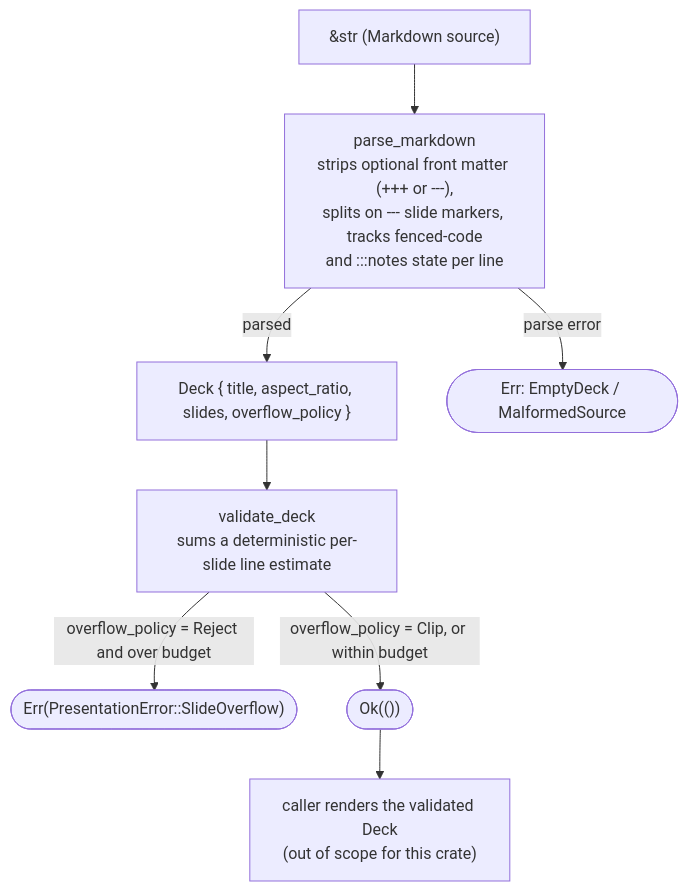
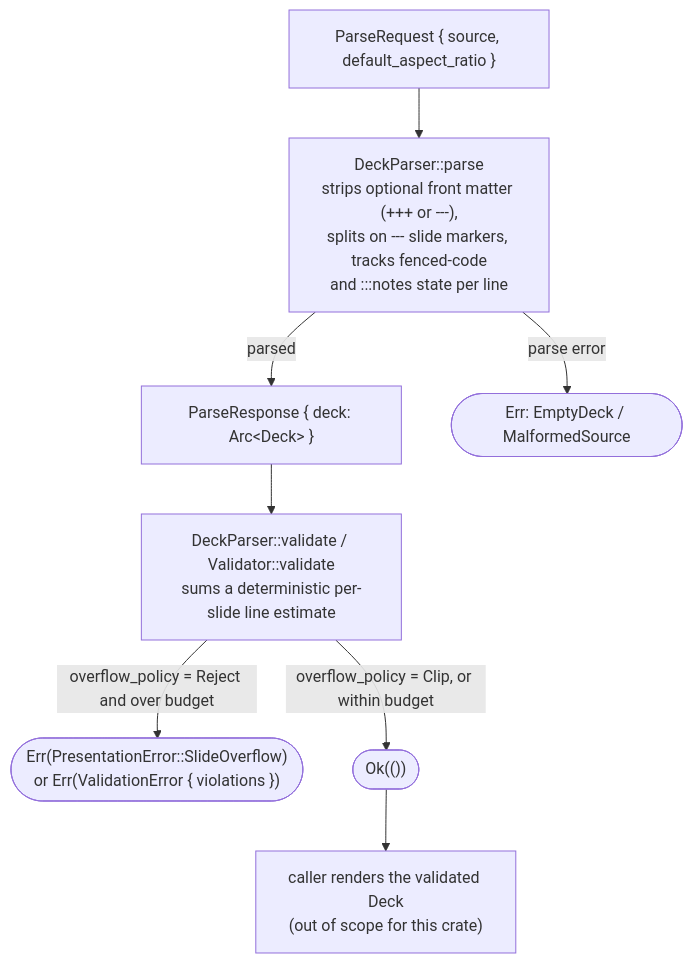
One commit to sweengineeringlabs/pdf-engine-presentation changed the second of 2 diagrams in docs/3-design/architecture.md. Above: the diagram before and after it, drawn with Mermaid. The commit also changed other lines of this file and 43 other files, not shown here.

````diff
--- a/docs/3-design/architecture.md
+++ b/docs/3-design/architecture.md
@@ -66,19 +100,19 @@
 ```mermaid
 flowchart TD
-    Source["&str (Markdown source)"]
-    Parse["parse_markdown<br/>strips optional front matter (+++ or ---),<br/>splits on --- slide markers, tracks fenced-code<br/>and :::notes state per line"]
-    DeckNode["Deck { title, aspect_ratio, slides, overflow_policy }"]
-    Validate["validate_deck<br/>sums a deterministic per-slide line estimate"]
-    Overflow(["Err(PresentationError::SlideOverflow)"])
+    Source["ParseRequest { source, default_aspect_ratio }"]
+    Parse["DeckParser::parse<br/>strips optional front matter (+++ or ---),<br/>splits on --- slide markers, tracks fenced-code<br/>and :::notes state per line"]
+    Response["ParseResponse { deck: Arc&lt;Deck&gt; }"]
+    Validate["DeckParser::validate / Validator::validate<br/>sums a deterministic per-slide line estimate"]
+    Overflow(["Err(PresentationError::SlideOverflow)<br/>or Err(ValidationError { violations })"])
     Valid(["Ok(())"])
     Render["caller renders the validated Deck<br/>(out of scope for this crate)"]
     ParseErr(["Err: EmptyDeck / MalformedSource"])
 
     Source --> Parse
     Parse -->|"parse error"| ParseErr
-    Parse -->|"parsed"| DeckNode
-    DeckNode --> Validate
+    Parse -->|"parsed"| Response
+    Response --> Validate
     Validate -->|"overflow_policy = Reject and over budget"| Overflow
     Validate -->|"overflow_policy = Clip, or within budget"| Valid
     Valid --> Render
 ```
````
